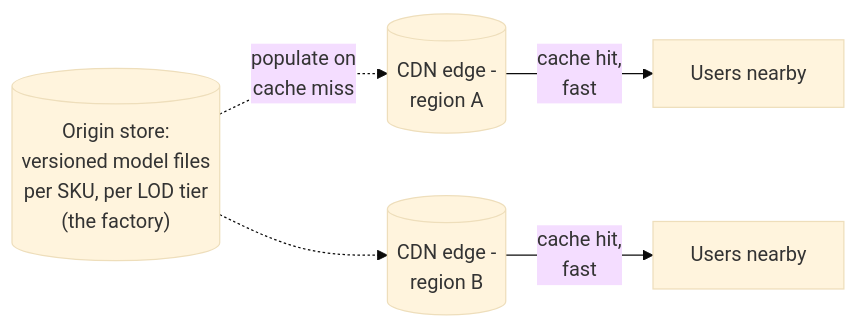
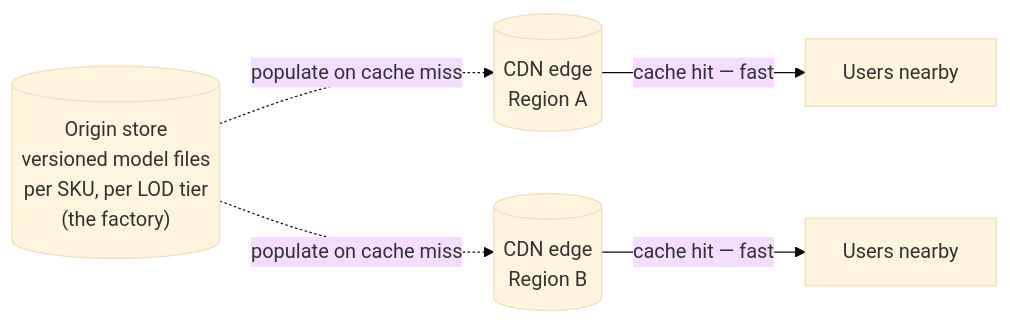
One commit to riyaz-pasha/Learnings changed the fifth of 14 diagrams in system-design/HLD/0-course/54-Design-an-AR-Virtual-Furniture-Placement-System-FAANG-Guide-story.md. Above: the diagram before and after it, drawn with Mermaid (base theme). The commit also changed other lines of this file and 1 other file, not shown here.

Commit message:
[REWRITE] AR Virtual Furniture Placement story guide: simplify prose, add structure, fix diagrams

````diff
--- a/system-design/HLD/0-course/54-Design-an-AR-Virtual-Furniture-Placement-System-FAANG-Guide-story.md
+++ b/system-design/HLD/0-course/54-Design-an-AR-Virtual-Furniture-Placement-System-FAANG-Guide-story.md
@@ -114,8 +242,8 @@
 ```mermaid
 graph LR
-    Origin[("Origin store:\nversioned model files\nper SKU, per LOD tier\n(the factory)")]
-    Origin -.->|"populate on\ncache miss"| Edge1[("CDN edge -\nregion A")]
-    Origin -.-> Edge2[("CDN edge -\nregion B")]
-    Edge1 -->|"cache hit,\nfast"| U1[Users nearby]
-    Edge2 -->|"cache hit,\nfast"| U2[Users nearby]
+    Origin[("Origin store<br/>versioned model files<br/>per SKU, per LOD tier<br/>(the factory)")]
+    Origin -.->|"populate on cache miss"| EdgeA[("CDN edge<br/>Region A")]
+    Origin -.->|"populate on cache miss"| EdgeB[("CDN edge<br/>Region B")]
+    EdgeA -->|"cache hit — fast"| UsersA["Users nearby"]
+    EdgeB -->|"cache hit — fast"| UsersB["Users nearby"]
 ```
````
